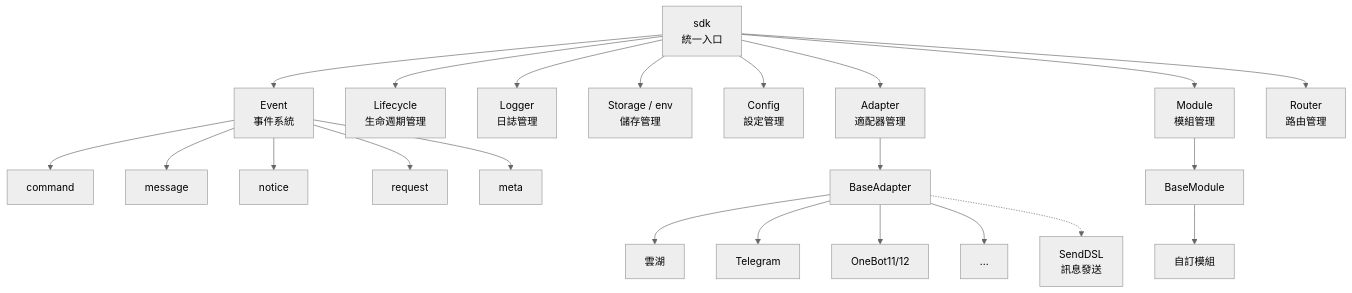
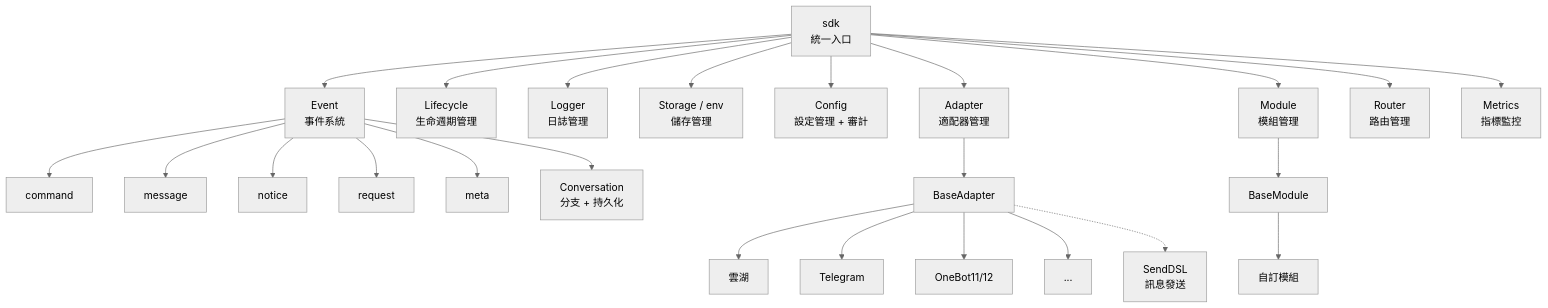
The first of 5 diagrams in docs/zh-TW/ai-support/prompts/ErisPulse-Full.md (ErisPulse/ErisPulse), drawn with Mermaid (neutral theme) before and after one commit. The commit also changed other lines of this file and 62 other files, not shown here.

````diff
--- a/docs/zh-TW/ai-support/prompts/ErisPulse-Full.md
+++ b/docs/zh-TW/ai-support/prompts/ErisPulse-Full.md
@@ -57,30 +57,32 @@
 ```mermaid
 graph TB
     SDK["sdk<br/>統一入口"]
 
     SDK --> Event["Event<br/>事件系統"]
     SDK --> Lifecycle["Lifecycle<br/>生命週期管理"]
     SDK --> Logger["Logger<br/>日誌管理"]
     SDK --> Storage["Storage / env<br/>儲存管理"]
-    SDK --> Config["Config<br/>設定管理"]
+    SDK --> Config["Config<br/>設定管理 + 審計"]
     SDK --> AdapterMgr["Adapter<br/>適配器管理"]
     SDK --> ModuleMgr["Module<br/>模組管理"]
     SDK --> Router["Router<br/>路由管理"]
+    SDK --> Metrics["Metrics<br/>指標監控"]
 
     Event --> Command["command"]
     Event --> Message["message"]
     Event --> Notice["notice"]
     Event --> Request["request"]
     Event --> Meta["meta"]
+    Event --> Conversation["Conversation<br/>分支 + 持久化"]
 
     AdapterMgr --> BaseAdapter["BaseAdapter"]
     BaseAdapter --> P1["雲湖"]
     BaseAdapter --> P2["Telegram"]
     BaseAdapter --> P3["OneBot11/12"]
     BaseAdapter --> PN["..."]
 
     ModuleMgr --> BaseModule["BaseModule"]
     BaseModule --> CM["自訂模組"]
 
     BaseAdapter -.-> SendDSL["SendDSL<br/>訊息發送"]
 ```
````
